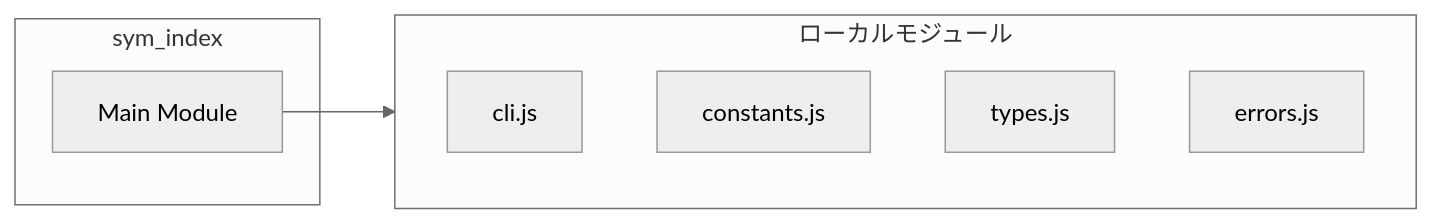
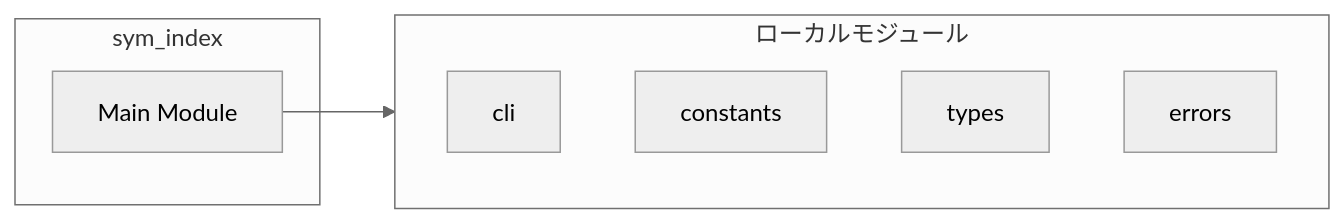
The second of 4 diagrams in ABDD/.pi/extensions/search/tools/sym_index.md (Mekann2904/mekann), drawn with Mermaid (neutral theme) before and after one commit. The commit also changed other lines of this file and 174 other files, not shown here.

First line of the commit message:
fix(docs): ABDDのMermaid図生成エラーを修正する

````diff
--- a/ABDD/.pi/extensions/search/tools/sym_index.md
+++ b/ABDD/.pi/extensions/search/tools/sym_index.md
@@ -50,13 +50,13 @@
 ```mermaid
 flowchart LR
   subgraph this[sym_index]
     main[Main Module]
   end
   subgraph local[ローカルモジュール]
-    cli_js["cli.js"]
-    constants_js["constants.js"]
-    types_js["types.js"]
-    errors_js["errors.js"]
+    cli["cli"]
+    constants["constants"]
+    types["types"]
+    errors["errors"]
   end
   main --> local
 ```
````
